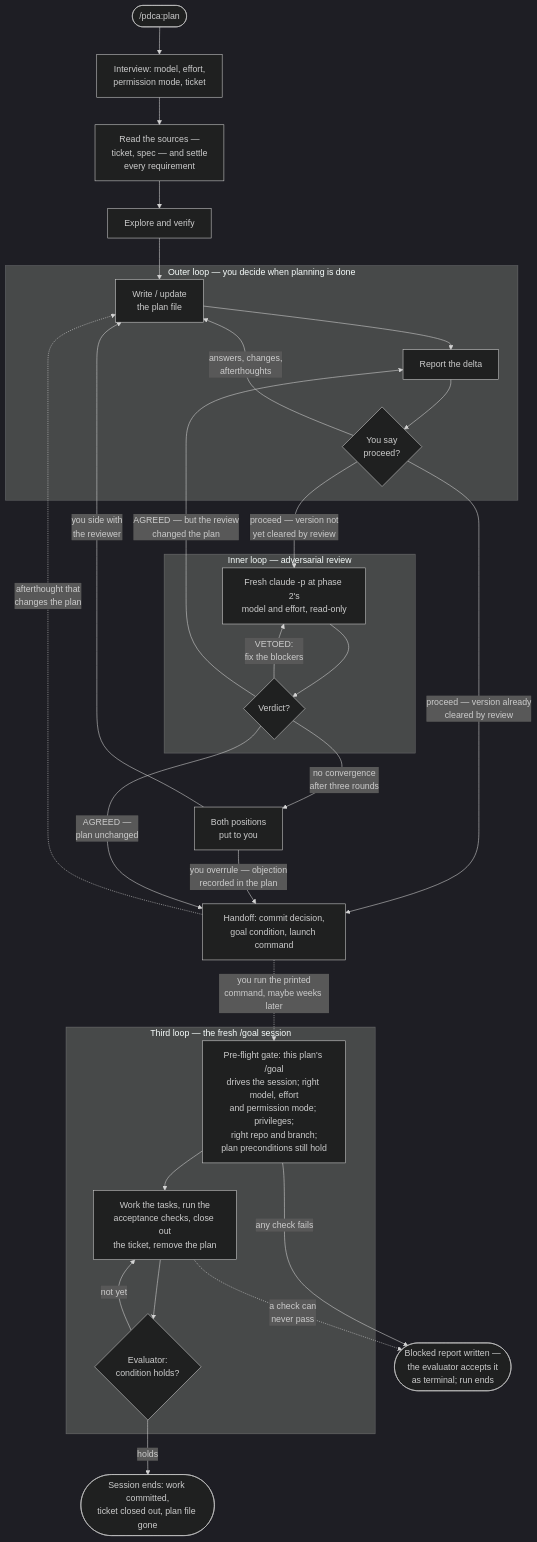
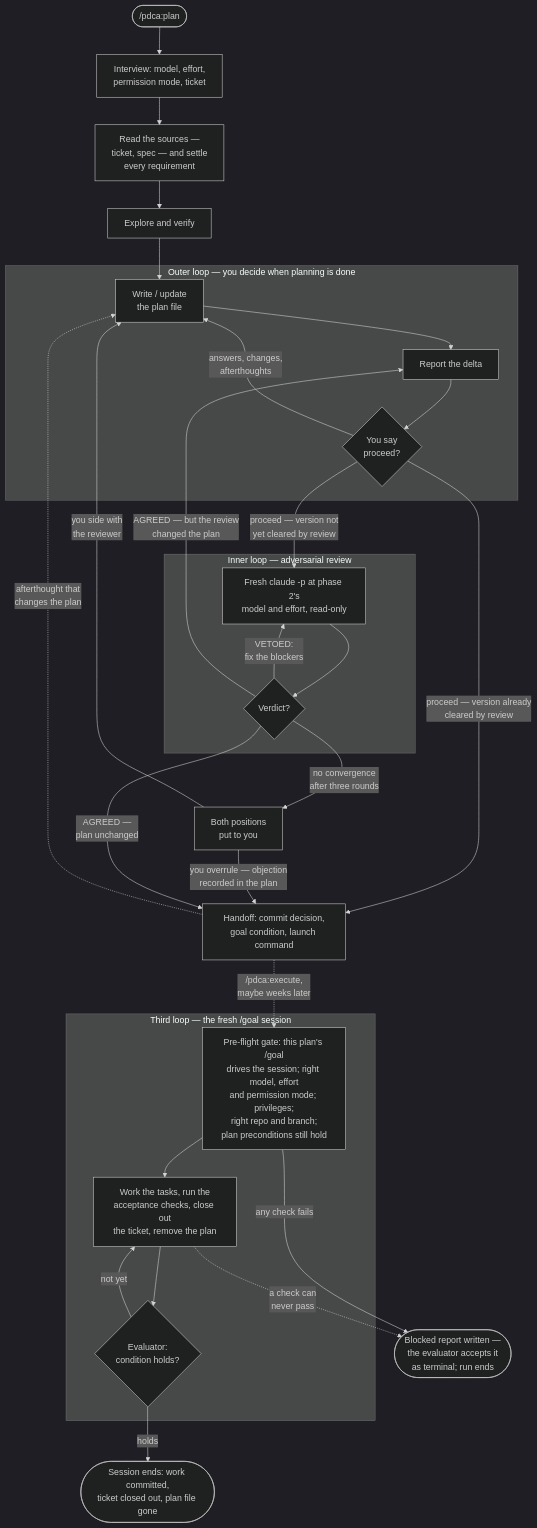
One commit to christian-schlichtherle/cs7-claude-plugins changed the second of 2 diagrams in pdca/README.md. Above: the diagram before and after it, drawn with Mermaid (dark theme). The commit also changed other lines of this file and 11 other files, not shown here.

First line of the commit message:
Add /pdca:execute: launch or resume a plan as a background session

````diff
--- a/pdca/README.md
+++ b/pdca/README.md
@@ -164,38 +166,38 @@
 ```mermaid
 flowchart TD
     subgraph Outer["Outer loop — you decide when planning is done"]
         Draft["Write / update<br>the plan file"] --> Delta["Report the delta"]
         Delta --> Happy{"You say<br>proceed?"}
         Happy -- "answers, changes,<br>afterthoughts" --> Draft
     end
 
     subgraph Inner["Inner loop — adversarial review"]
         Reviewer["Fresh claude -p at phase 2's<br>model and effort, read-only"] --> Verdict{"Verdict?"}
         Verdict -- "VETOED:<br>fix the blockers" --> Reviewer
     end
 
     Start(["/pdca:plan"]) --> Interview["Interview: model, effort,<br>permission mode, ticket"]
     Interview --> Sources["Read the sources —<br>ticket, spec — and settle<br>every requirement"]
     Sources --> Explore["Explore and verify"]
     Explore --> Draft
 
     Happy -- "proceed — version not<br>yet cleared by review" --> Reviewer
     Happy -- "proceed — version already<br>cleared by review" --> Handoff
     Verdict -- "no convergence<br>after three rounds" --> Settle["Both positions<br>put to you"]
     Settle -- "you side with<br>the reviewer" --> Draft
     Settle -- "you overrule — objection<br>recorded in the plan" --> Handoff
     Verdict -- "AGREED —<br>plan unchanged" --> Handoff["Handoff: commit decision,<br>goal condition, launch command"]
     Verdict -- "AGREED — but the review<br>changed the plan" --> Delta
     Handoff -. "afterthought that<br>changes the plan" .-> Draft
 
     subgraph Goal["Third loop — the fresh /goal session"]
         Gate["Pre-flight gate: this plan's /goal<br>drives the session; right model, effort<br>and permission mode; privileges;<br>right repo and branch;<br>plan preconditions still hold"] --> Work["Work the tasks, run the<br>acceptance checks, close out<br>the ticket, remove the plan"]
         Work --> Eval{"Evaluator:<br>condition holds?"}
         Eval -- "not yet" --> Work
     end
 
-    Handoff -. "you run the printed<br>command, maybe weeks later" .-> Gate
+    Handoff -. "/pdca:execute,<br>maybe weeks later" .-> Gate
     Gate -- "any check fails" --> Blocked(["Blocked report written —<br>the evaluator accepts it<br>as terminal; run ends"])
     Work -. "a check can<br>never pass" .-> Blocked
     Eval -- "holds" --> Done(["Session ends: work committed,<br>ticket closed out, plan file gone"])
 ```
````
